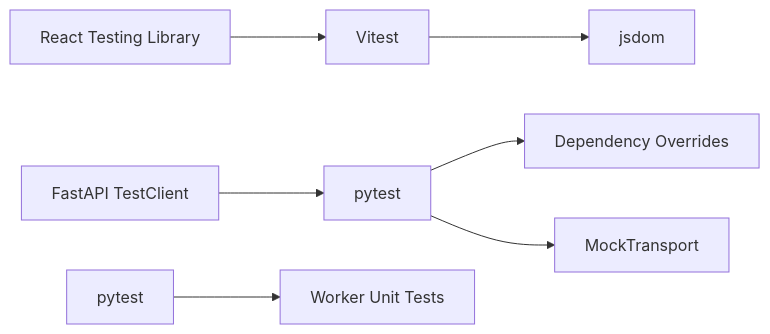
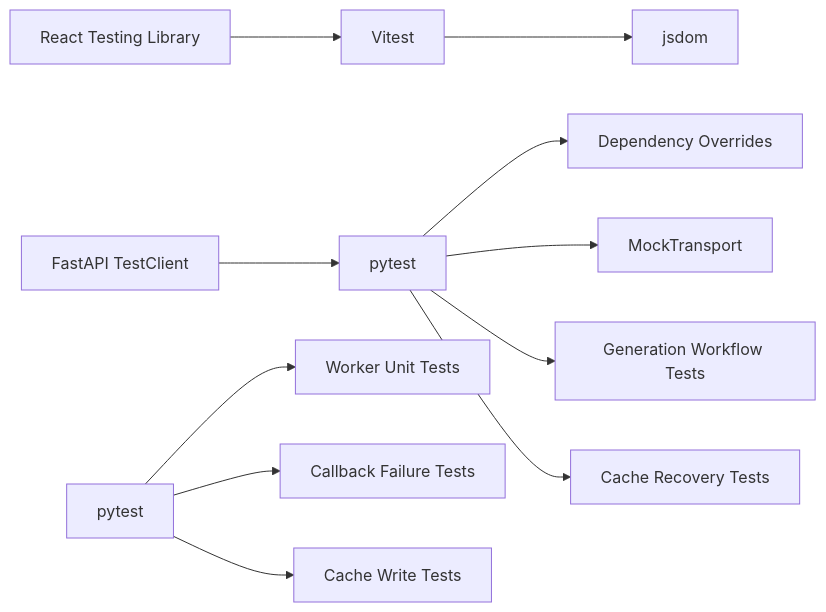
One commit to sankaL/resume-app changed the seventh of 7 diagrams in .qoder/repowiki/en/content/Testing Strategy/Testing Strategy.md. Above: the diagram before and after it, drawn with Mermaid. The commit also changed other lines of this file and 5 other files, not shown here.

````diff
--- a/.qoder/repowiki/en/content/Testing Strategy/Testing Strategy.md
+++ b/.qoder/repowiki/en/content/Testing Strategy/Testing Strategy.md
@@ -369,9 +505,13 @@
 ```mermaid
 graph LR
 VITEST["Vitest"] --> JSDOM["jsdom"]
 RTL["React Testing Library"] --> VITEST
 TESTCLIENT["FastAPI TestClient"] --> PYTEST["pytest"]
 PYTEST --> DEPOVERR["Dependency Overrides"]
 PYTEST --> MOCKHTTP["MockTransport"]
+PYTEST --> GEN_WORKFLOW["Generation Workflow Tests"]
+PYTEST --> CACHE_RECOVERY["Cache Recovery Tests"]
 AG_PYTEST["pytest"] --> AG_TESTS["Worker Unit Tests"]
+AG_PYTEST --> CALLBACK_HANDLING["Callback Failure Tests"]
+AG_PYTEST --> CACHE_WRITE["Cache Write Tests"]
 ```
````
